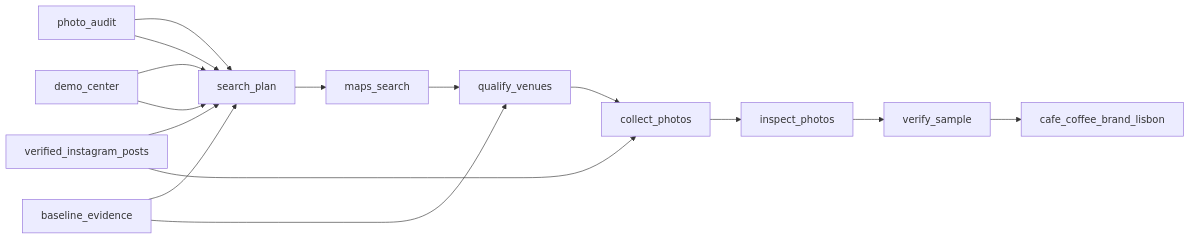
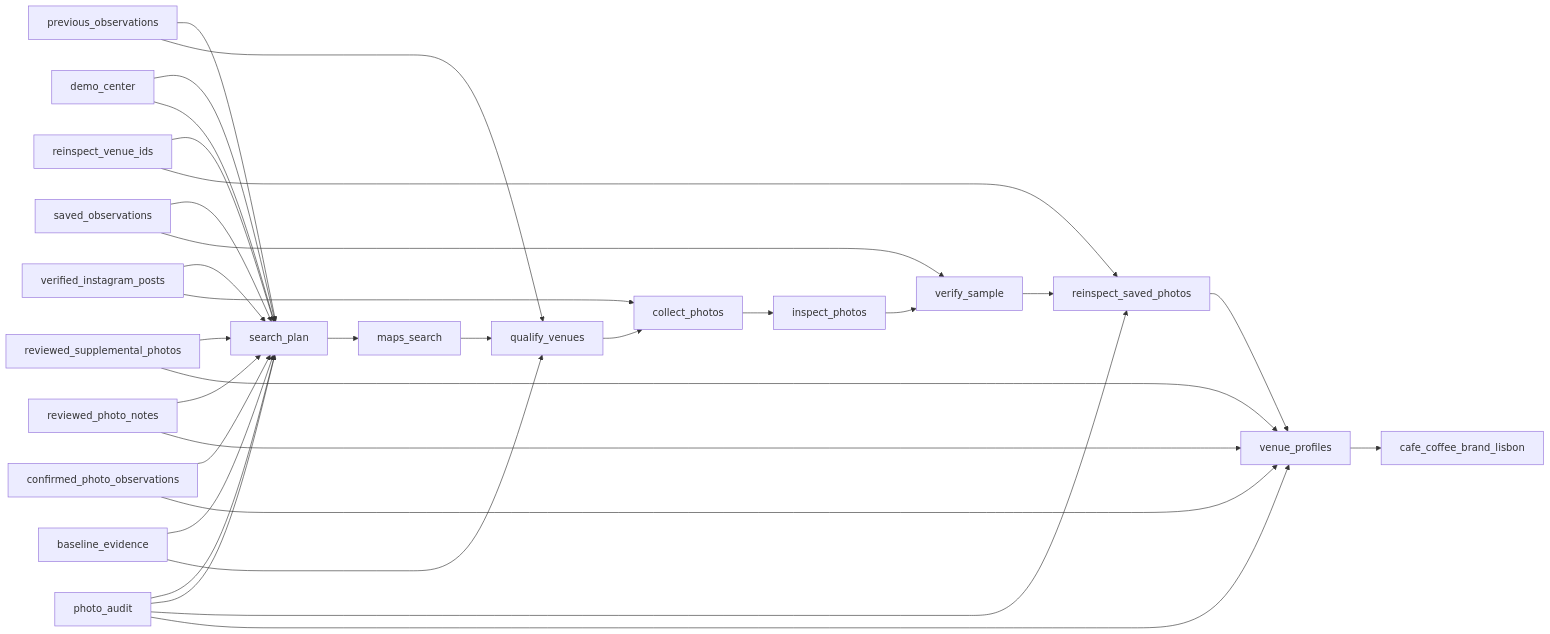
One commit to jsonifyco/public-datasets changed the diagram in datasets/coffee-brand-on-the-street-lisbon-poc-823f5bfb06bb/README.md. Above: the diagram before and after it, drawn with Mermaid. The commit also changed other lines of this file and 6 other files, not shown here.

Commit message:
Update coffee-brand-on-the-street-lisbon-poc-823f5bfb06bb

````diff
--- a/datasets/coffee-brand-on-the-street-lisbon-poc-823f5bfb06bb/README.md
+++ b/datasets/coffee-brand-on-the-street-lisbon-poc-823f5bfb06bb/README.md
@@ -82,28 +134,52 @@
 ```mermaid
 flowchart LR
-  n0["verified#95;instagram#95;posts"]
-  n1["photo#95;audit"]
-  n2["demo#95;center"]
-  n3["baseline#95;evidence"]
-  n4["search#95;plan"]
-  n5["maps#95;search"]
-  n6["qualify#95;venues"]
-  n7["collect#95;photos"]
-  n8["inspect#95;photos"]
-  n9["verify#95;sample"]
-  n10["cafe#95;coffee#95;brand#95;lisbon"]
-  n4 --> n5
-  n5 --> n6
-  n6 --> n7
-  n7 --> n8
-  n8 --> n9
+  n0["reviewed#95;supplemental#95;photos"]
+  n1["reviewed#95;photo#95;notes"]
+  n2["reinspect#95;venue#95;ids"]
+  n3["confirmed#95;photo#95;observations"]
+  n4["saved#95;observations"]
+  n5["previous#95;observations"]
+  n6["verified#95;instagram#95;posts"]
+  n7["photo#95;audit"]
+  n8["demo#95;center"]
+  n9["baseline#95;evidence"]
+  n10["search#95;plan"]
+  n11["maps#95;search"]
+  n12["qualify#95;venues"]
+  n13["collect#95;photos"]
+  n14["inspect#95;photos"]
+  n15["verify#95;sample"]
+  n16["reinspect#95;saved#95;photos"]
+  n17["venue#95;profiles"]
+  n18["cafe#95;coffee#95;brand#95;lisbon"]
+  n10 --> n11
+  n11 --> n12
+  n12 --> n13
+  n13 --> n14
+  n14 --> n15
+  n15 --> n16
+  n16 --> n17
+  n17 --> n18
+  n0 --> n10
+  n1 --> n10
+  n2 --> n10
+  n3 --> n10
+  n4 --> n10
+  n5 --> n10
+  n6 --> n10
+  n7 --> n10
+  n8 --> n10
   n9 --> n10
-  n0 --> n4
-  n1 --> n4
-  n2 --> n4
-  n3 --> n4
-  n2 --> n4
-  n1 --> n4
-  n3 --> n6
-  n0 --> n7
+  n8 --> n10
+  n7 --> n10
+  n9 --> n12
+  n5 --> n12
+  n6 --> n13
+  n4 --> n15
+  n7 --> n16
+  n2 --> n16
+  n3 --> n17
+  n7 --> n17
+  n1 --> n17
+  n0 --> n17
 ```
````
